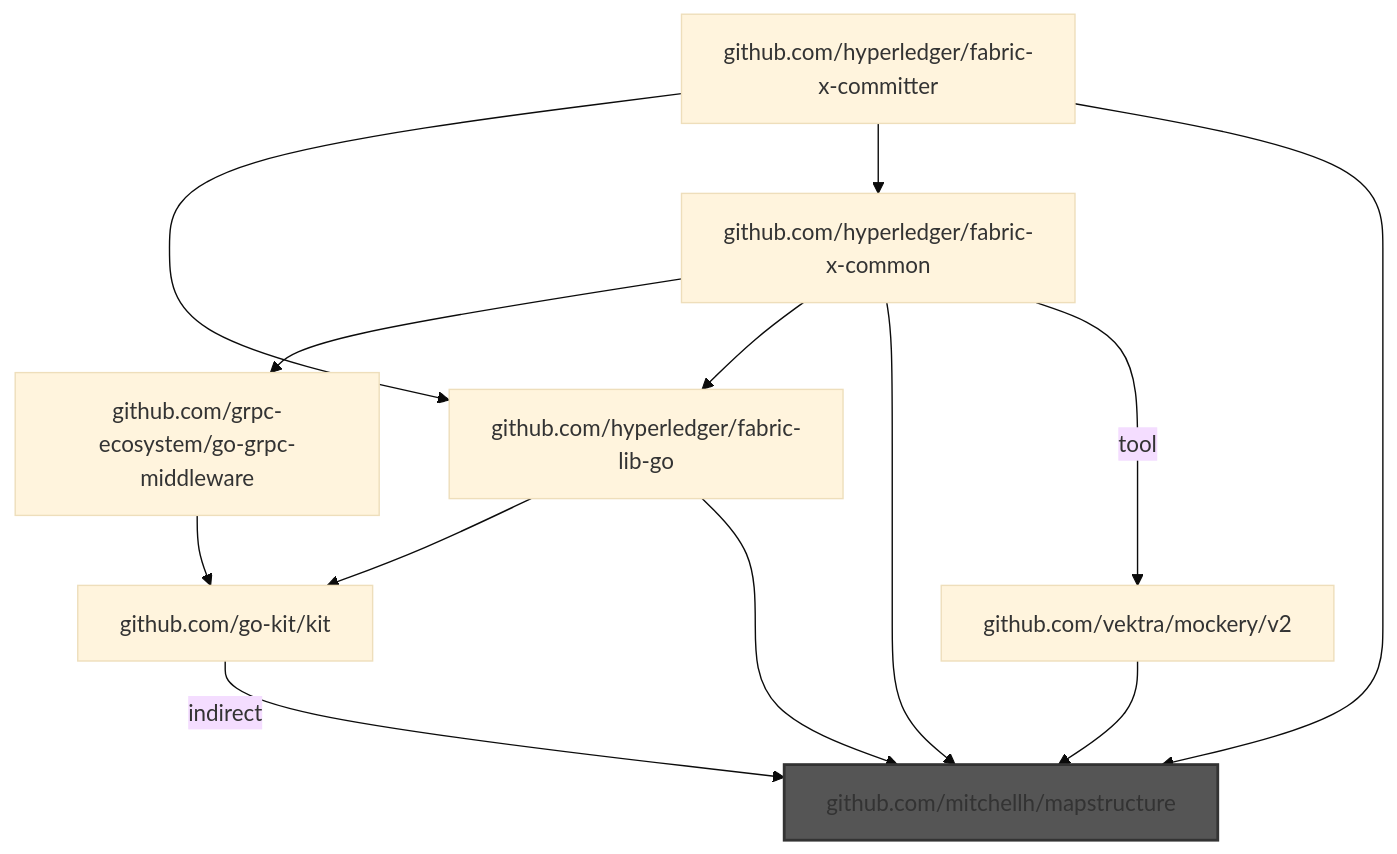
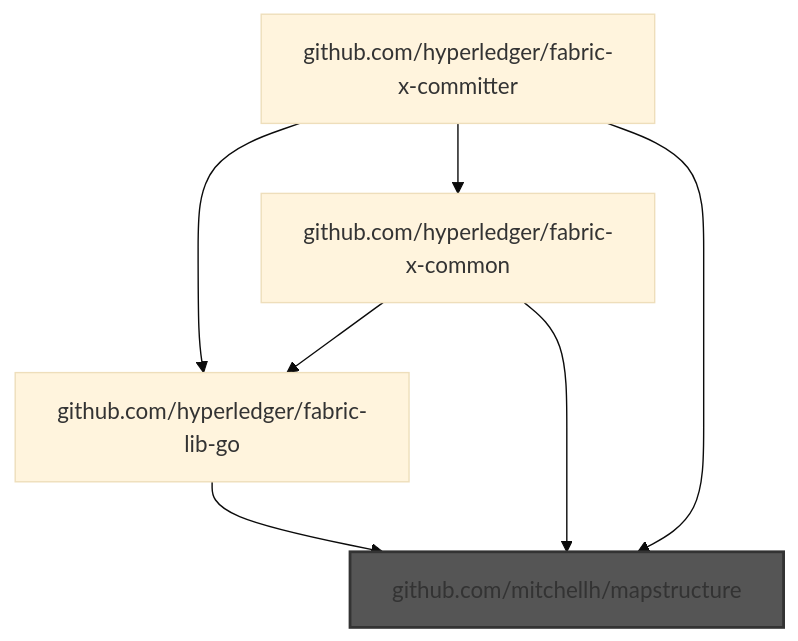
One commit to liran-funaro/fabric-x-committer changed diagram 12 of 18 in bad-imports-analysis.md. Above: the diagram before and after it, drawn with Mermaid (base theme). The commit also changed other lines of this file and 1 other file, not shown here.

````diff
--- a/bad-imports-analysis.md
+++ b/bad-imports-analysis.md
@@ -2092,16 +1302,10 @@
 ```mermaid
 graph TD
-    github.com/go-kit/kit -->|indirect| github.com/mitchellh/mapstructure
-    github.com/grpc-ecosystem/go-grpc-middleware --> github.com/go-kit/kit
-    github.com/hyperledger/fabric-lib-go --> github.com/go-kit/kit
     github.com/hyperledger/fabric-lib-go --> github.com/mitchellh/mapstructure
     github.com/hyperledger/fabric-x-committer --> github.com/hyperledger/fabric-lib-go
     github.com/hyperledger/fabric-x-committer --> github.com/hyperledger/fabric-x-common
     github.com/hyperledger/fabric-x-committer --> github.com/mitchellh/mapstructure
-    github.com/hyperledger/fabric-x-common --> github.com/grpc-ecosystem/go-grpc-middleware
     github.com/hyperledger/fabric-x-common --> github.com/hyperledger/fabric-lib-go
     github.com/hyperledger/fabric-x-common --> github.com/mitchellh/mapstructure
-    github.com/hyperledger/fabric-x-common -->|tool| github.com/vektra/mockery/v2
-    github.com/vektra/mockery/v2 --> github.com/mitchellh/mapstructure
     style github.com/mitchellh/mapstructure fill:#555,stroke:#333,stroke-width:2px
 ```
````
